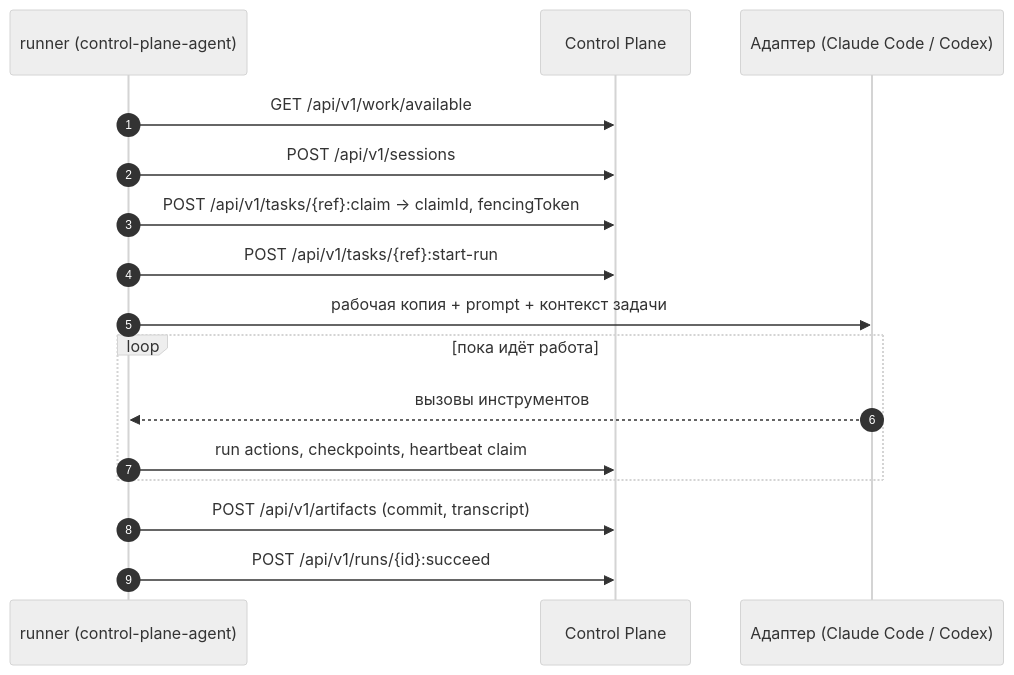
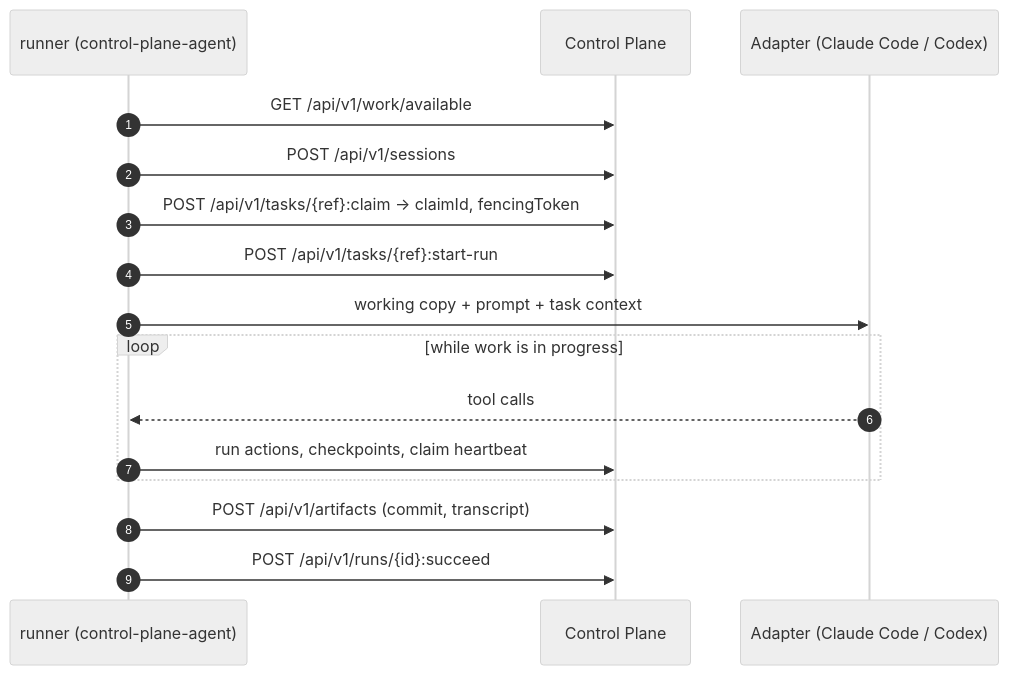
One commit to monthu56/taimen changed the fifth of 5 diagrams in guide/docs/overview/architecture.md. Above: the diagram before and after it, drawn with Mermaid (neutral theme). The commit also changed other lines of this file and 183 other files, not shown here.

````diff
--- a/guide/docs/overview/architecture.md
+++ b/guide/docs/overview/architecture.md
@@ -210,18 +212,18 @@
 ```mermaid
 sequenceDiagram
     autonumber
     participant R as runner (control-plane-agent)
     participant CP as Control Plane
-    participant X as Адаптер (Claude Code / Codex)
+    participant X as Adapter (Claude Code / Codex)
     R->>CP: GET /api/v1/work/available
     R->>CP: POST /api/v1/sessions
     R->>CP: POST /api/v1/tasks/{ref}:claim → claimId, fencingToken
     R->>CP: POST /api/v1/tasks/{ref}:start-run
-    R->>X: рабочая копия + prompt + контекст задачи
-    loop пока идёт работа
-        X-->>R: вызовы инструментов
-        R->>CP: run actions, checkpoints, heartbeat claim
+    R->>X: working copy + prompt + task context
+    loop while work is in progress
+        X-->>R: tool calls
+        R->>CP: run actions, checkpoints, claim heartbeat
     end
     R->>CP: POST /api/v1/artifacts (commit, transcript)
     R->>CP: POST /api/v1/runs/{id}:succeed
 ```
````
